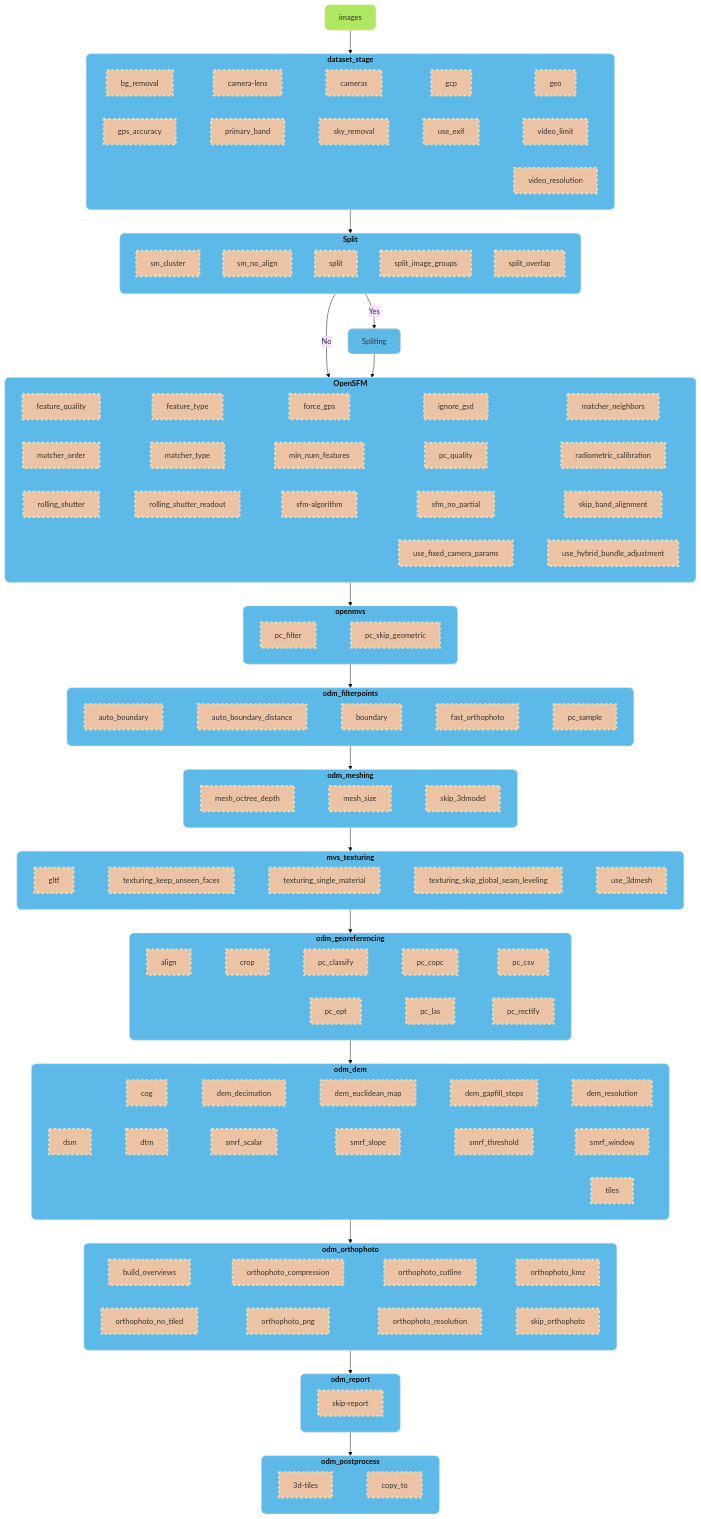
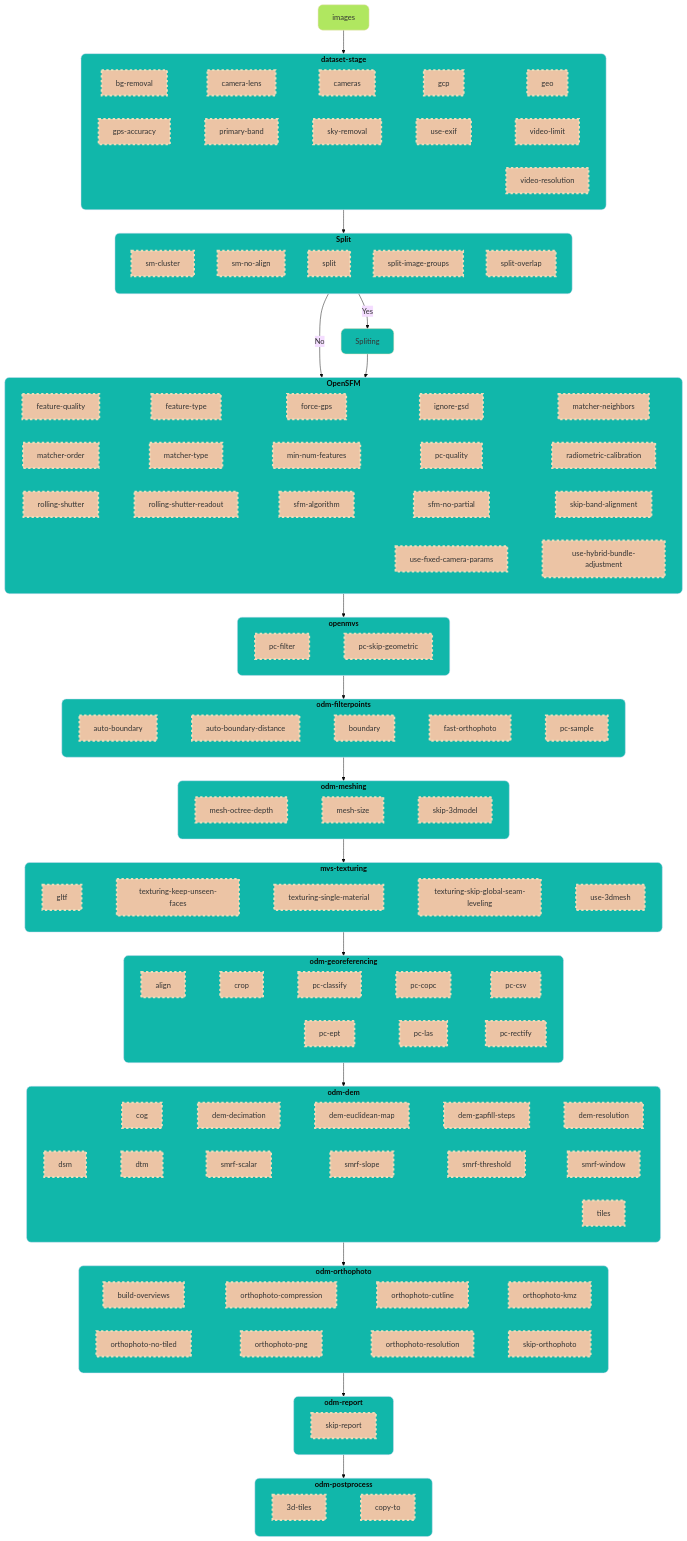
Before and after one commit to OpenDroneMap/docs: the diagram in source/flowchart.rst, drawn with Mermaid (base theme). The commit also changed 3 other files, not shown here.

Commit message:
zoom with flowchart \n update .venv doc \n links to options

```diff
--- a/source/flowchart.rst
+++ b/source/flowchart.rst
@@ -6,4 +6,5 @@
 .. mermaid::
+   :zoom:
 
     flowchart  TB
 
@@ -11,155 +12,243 @@
         %% Subgraph Stages
         %%%%%%%%%%%%%%%%%%%%%%%%%%%%%%%%%%%%%%
 
-        subgraph dataset_stage["`**dataset_stage**`"]
-            bg_removal:::options
+        subgraph dataset-stage["`**dataset-stage**`"]
+            bg-removal:::options
             camera-lens:::options
             cameras:::options
             gcp:::options
             geo:::options
-            gps_accuracy:::options
-            primary_band:::options
-            sky_removal:::options
-            use_exif:::options
-            video_limit:::options
-            video_resolution:::options
+            gps-accuracy:::options
+            primary-band:::options
+            sky-removal:::options
+            use-exif:::options
+            video-limit:::options
+            video-resolution:::options
         end
-        bg_removal ~~~ camera-lens ~~~ cameras  ~~~ gcp ~~~  geo
-        gps_accuracy ~~~ primary_band ~~~ sky_removal ~~~   use_exif  ~~~ video_limit
+        bg-removal ~~~ camera-lens ~~~ cameras  ~~~ gcp ~~~  geo
+        gps-accuracy ~~~ primary-band ~~~ sky-removal ~~~   use-exif  ~~~ video-limit
 
+    click bg-removal "../arguments/bg-removal/"
+    click camera-lens "../arguments/camera-lens/"
+    click cameras "../arguments/cameras/"
+    click gcp "../arguments/gcp/"
+    click geo "../arguments/geo/"
+    click gps-accuracy "../arguments/gps-accuracy/"
+    click primary-band "../arguments/primary-band/"
+    click sky-removal "../arguments/sky-removal/"
+    click use-exif "../arguments/use-exif/"
+    click video-limit "../arguments/video-limit/"
+    click video-resolution "../arguments/video-resolution/"
 
 
         subgraph Split["`**Split**`"]
             direction TB
-            sm_cluster:::options
-            sm_no_align:::options
+            sm-cluster:::options
+            sm-no-align:::options
             split:::options
-            split_image_groups:::options
-            split_overlap:::options
+            split-image-groups:::options
+            split-overlap:::options
         end
+    click sm-cluster "../arguments/sm-cluster/"
+    click sm-no-align "../arguments/sm-no-align/"
+    click split "../arguments/split/"
+    click split-image-groups "../arguments/split-image-groups/"
+    click split-overlap "../arguments/split-overlap/"
 
         Spliting
 
         subgraph OpenSFM["`**OpenSFM**`"]
-            feature_quality:::options
-            feature_type:::options
-            force_gps:::options
-            ignore_gsd:::options
-            matcher_neighbors:::options
-            matcher_order:::options
-            matcher_type:::options
-            min_num_features:::options
-            pc_quality:::options
-            radiometric_calibration:::options
-            rolling_shutter:::options
-            rolling_shutter_readout:::options
+            feature-quality:::options
+            feature-type:::options
+            force-gps:::options
+            ignore-gsd:::options
+            matcher-neighbors:::options
+            matcher-order:::options
+            matcher-type:::options
+            min-num-features:::options
+            pc-quality:::options
+            radiometric-calibration:::options
+            rolling-shutter:::options
+            rolling-shutter-readout:::options
             sfm-algorithm:::options
-            sfm_no_partial:::options
-            skip_band_alignment:::options
-            use_fixed_camera_params:::options
-            use_hybrid_bundle_adjustment:::options
+            sfm-no-partial:::options
+            skip-band-alignment:::options
+            use-fixed-camera-params:::options
+            use-hybrid-bundle-adjustment:::options
         end
-        feature_quality ~~~  feature_type ~~~ force_gps ~~~ ignore_gsd ~~~ matcher_neighbors
-        matcher_order ~~~ matcher_type ~~~  min_num_features ~~~ pc_quality ~~~ radiometric_calibration
-        rolling_shutter  ~~~ rolling_shutter_readout ~~~ sfm-algorithm ~~~ sfm_no_partial ~~~  skip_band_alignment
-        use_fixed_camera_params ~~~    use_hybrid_bundle_adjustment
+        feature-quality ~~~  feature-type ~~~ force-gps ~~~ ignore-gsd ~~~ matcher-neighbors
+        matcher-order ~~~ matcher-type ~~~  min-num-features ~~~ pc-quality ~~~ radiometric-calibration
+        rolling-shutter  ~~~ rolling-shutter-readout ~~~ sfm-algorithm ~~~ sfm-no-partial ~~~  skip-band-alignment
+        use-fixed-camera-params ~~~    use-hybrid-bundle-adjustment
+
+    click feature-quality "../arguments/feature-quality/"
+    click feature-type "../arguments/feature-type/"
+    click force-gps "../arguments/force-gps/"
+    click ignore-gsd "../arguments/ignore-gsd/"
+    click matcher-neighbors "../arguments/matcher-neighbors/"
+    click matcher-order "../arguments/matcher-order/"
+    click matcher-type "../arguments/matcher-type/"
+    click min-num-features "../arguments/min-num-features/"
+    click pc-quality "../arguments/pc-quality/"
+    click radiometric-calibration "../arguments/radiometric-calibration/"
+    click rolling-shutter "../arguments/rolling-shutter/"
+    click rolling-shutter-readout "../arguments/rolling-shutter-readout/"
+    click sfm-algorithm "../arguments/sfm-algorithm/"
+    click sfm-no-partial "../arguments/sfm-no-partial/"
+    click skip-band-alignment "../arguments/skip-band-alignment/"
+    click use-fixed-camera-params "../arguments/use-fixed-camera-params/"
+    click use-hybrid-bundle-adjustment "../arguments/use-hybrid-bundle-adjustment/"
 
 
         subgraph openmvs["`**openmvs**`"]
-            pc_filter:::options
-            pc_skip_geometric:::options
+            pc-filter:::options
+            pc-skip-geometric:::options
         end
-        pc_filter ~~~ pc_skip_geometric
+        pc-filter ~~~ pc-skip-geometric
 
-        subgraph odm_filterpoints["`**odm_filterpoints**`"]
-            auto_boundary:::options
-            auto_boundary_distance:::options
+    click pc-filter "../arguments/pc-filter/"
+    click pc-skip-geometric "../arguments/pc-skip-geometric/"
+
+        subgraph odm-filterpoints["`**odm-filterpoints**`"]
+            auto-boundary:::options
+            auto-boundary-distance:::options
             boundary:::options
-            fast_orthophoto:::options
-            pc_sample:::options
+            fast-orthophoto:::options
+            pc-sample:::options
         end
-        auto_boundary ~~~ auto_boundary_distance  ~~~ boundary  ~~~  fast_orthophoto ~~~  pc_sample
+        auto-boundary ~~~ auto-boundary-distance  ~~~ boundary  ~~~  fast-orthophoto ~~~  pc-sample
 
-        subgraph odm_meshing["`**odm_meshing**`"]
-            mesh_octree_depth:::options
-            mesh_size:::options
-            skip_3dmodel:::options
+    click auto-boundary "../arguments/auto-boundary/"
+    click auto-boundary-distance "../arguments/auto-boundary-distance/"
+    click boundary "../arguments/boundary/"
+    click fast-orthophoto "../arguments/fast-orthophoto/"
+    click pc-sample "../arguments/pc-sample/"
+
+        subgraph odm-meshing["`**odm-meshing**`"]
+            mesh-octree-depth:::options
+            mesh-size:::options
+            skip-3dmodel:::options
         end
-        mesh_octree_depth ~~~ mesh_size ~~~ skip_3dmodel
+        mesh-octree-depth ~~~ mesh-size ~~~ skip-3dmodel
 
-        subgraph mvs_texturing["`**mvs_texturing**`"]
+    click mesh-octree-depth "../arguments/mesh-octree-depth/"
+    click mesh-size "../arguments/mesh-size/"
+    click skip-3dmodel "../arguments/skip-3dmodel/"
+
+        subgraph mvs-texturing["`**mvs-texturing**`"]
             gltf:::options
-            texturing_keep_unseen_faces:::options
-            texturing_single_material:::options
-            texturing_skip_global_seam_leveling:::options
-            use_3dmesh:::options
+            texturing-keep-unseen-faces:::options
+            texturing-single-material:::options
+            texturing-skip-global-seam-leveling:::options
+            use-3dmesh:::options
         end
-        gltf ~~~ texturing_keep_unseen_faces ~~~ texturing_single_material  ~~~ texturing_skip_global_seam_leveling ~~~  use_3dmesh
+        gltf ~~~ texturing-keep-unseen-faces ~~~ texturing-single-material  ~~~ texturing-skip-global-seam-leveling ~~~  use-3dmesh
 
-        subgraph odm_georeferencing["`**odm_georeferencing**`"]
+    click gltf "../arguments/gltf/"
+    click texturing-keep-unseen-faces "../arguments/texturing-keep-unseen-faces/"
+    click texturing-single-material "../arguments/texturing-single-material/"
+    click texturing-skip-global-seam-leveling "../arguments/texturing-skip-global-seam-leveling/"
+    click use-3dmesh "../arguments/use-3dmesh/"
+
+        subgraph odm-georeferencing["`**odm-georeferencing**`"]
             align:::options
             crop:::options
-            pc_classify:::options
-            pc_copc:::options
-            pc_csv:::options
-            pc_ept:::options
-            pc_las:::options
-            pc_rectify:::options
+            pc-classify:::options
+            pc-copc:::options
+            pc-csv:::options
+            pc-ept:::options
+            pc-las:::options
+            pc-rectify:::options
         end
-        align ~~~ crop ~~~ pc_classify ~~~ pc_copc ~~~ pc_csv
-        pc_ept ~~~ pc_las ~~~ pc_rectify
+        align ~~~ crop ~~~ pc-classify ~~~ pc-copc ~~~ pc-csv
+        pc-ept ~~~ pc-las ~~~ pc-rectify
 
-        subgraph odm_dem["`**odm_dem**`"]
+    click align "../arguments/align/"
+    click crop "../arguments/crop/"
+    click pc-classify "../arguments/pc-classify/"
+    click pc-copc "../arguments/pc-copc/"
+    click pc-csv "../arguments/pc-csv/"
+    click pc-ept "../arguments/pc-ept/"
+    click pc-las "../arguments/pc-las/"
+    click pc-rectify "../arguments/pc-rectify/"
+
+        subgraph odm-dem["`**odm-dem**`"]
             cog:::options
-            dem_decimation:::options
-            dem_euclidean_map:::options
-            dem_gapfill_steps:::options
-            dem_resolution:::options
+            dem-decimation:::options
+            dem-euclidean-map:::options
+            dem-gapfill-steps:::options
+            dem-resolution:::options
             dsm:::options
             dtm:::options
-            smrf_scalar:::options
-            smrf_slope:::options
-            smrf_threshold:::options
-            smrf_window:::options
+            smrf-scalar:::options
+            smrf-slope:::options
+            smrf-threshold:::options
+            smrf-window:::options
             tiles:::options
         end
-        cog ~~~ dem_decimation  ~~~ dem_euclidean_map  ~~~ dem_gapfill_steps  ~~~  dem_resolution
-        dsm  ~~~ dtm  ~~~    smrf_scalar ~~~ smrf_slope   ~~~ smrf_threshold   ~~~ smrf_window
+        cog ~~~ dem-decimation  ~~~ dem-euclidean-map  ~~~ dem-gapfill-steps  ~~~  dem-resolution
+        dsm  ~~~ dtm  ~~~    smrf-scalar ~~~ smrf-slope   ~~~ smrf-threshold   ~~~ smrf-window
 
-        subgraph odm_orthophoto["`**odm_orthophoto**`"]
-            build_overviews:::options
-            orthophoto_compression:::options
-            orthophoto_cutline:::options
-            orthophoto_kmz:::options
-            orthophoto_no_tiled:::options
-            orthophoto_png:::options
-            orthophoto_resolution:::options
-            skip_orthophoto:::options
+    click cog "../arguments/cog/"
+    click dem-decimation "../arguments/dem-decimation/"
+    click dem-euclidean-map "../arguments/dem-euclidean-map/"
+    click dem-gapfill-steps "../arguments/dem-gapfill-steps/"
+    click dem-resolution "../arguments/dem-resolution/"
+    click dsm "../arguments/dsm/"
+    click dtm "../arguments/dtm/"
+    click smrf-scalar "../arguments/smrf-scalar/"
+    click smrf-slope "../arguments/smrf-slope/"
+    click smrf-threshold "../arguments/smrf-threshold/"
+    click smrf-window "../arguments/smrf-window/"
+
+        subgraph odm-orthophoto["`**odm-orthophoto**`"]
+            build-overviews:::options
+            orthophoto-compression:::options
+            orthophoto-cutline:::options
+            orthophoto-kmz:::options
+            orthophoto-no-tiled:::options
+            orthophoto-png:::options
+            orthophoto-resolution:::options
+            skip-orthophoto:::options
         end
-        build_overviews ~~~ orthophoto_compression  ~~~ orthophoto_cutline  ~~~ orthophoto_kmz
-        orthophoto_no_tiled ~~~ orthophoto_png  ~~~ orthophoto_resolution ~~~ skip_orthophoto
+        build-overviews ~~~ orthophoto-compression  ~~~ orthophoto-cutline  ~~~ orthophoto-kmz
+        orthophoto-no-tiled ~~~ orthophoto-png  ~~~ orthophoto-resolution ~~~ skip-orthophoto
 
-        subgraph odm_report["`**odm_report**`"]
+    click build-overviews "../arguments/build-overviews/"
+    click orthophoto-compression "../arguments/orthophoto-compression/"
+    click orthophoto-cutline "../arguments/orthophoto-cutline/"
+    click orthophoto-kmz "../arguments/orthophoto-kmz/"
+    click orthophoto-no-tiled "../arguments/orthophoto-no-tiled/"
+    click orthophoto-png "../arguments/orthophoto-png/"
+    click orthophoto-resolution "../arguments/orthophoto-resolution/"
+    click skip-orthophoto "../arguments/skip-orthophoto/"
+
+        subgraph odm-report["`**odm-report**`"]
             skip-report:::options
         end
 
-        subgraph odm_postprocess["`**odm_postprocess**`"]
+    click skip-report "../arguments/skip-report/"
+
+        subgraph odm-postprocess["`**odm-postprocess**`"]
             3d-tiles:::options
-            copy_to:::options
+            copy-to:::options
         end
-        3d-tiles ~~~ copy_to
+        3d-tiles ~~~ copy-to
+
+    click 3d-tiles "../arguments/3d-tiles/"
+    click copy-to "../arguments/copy-to/"
 
         %%%%%%%%%%%%%%%%%%%%%%%%%%%%%%%%%%%%%%
         %% Links
         %%%%%%%%%%%%%%%%%%%%%%%%%%%%%%%%%%%%%%
 
 
-        images--> dataset_stage --> Split -- No --> OpenSFM --> openmvs
-        openmvs --> odm_filterpoints --> odm_meshing --> mvs_texturing --> odm_georeferencing
-        odm_georeferencing --> odm_dem --> odm_orthophoto --> odm_report --> odm_postprocess
+        images--> dataset-stage --> Split -- No --> OpenSFM --> openmvs
+        openmvs --> odm-filterpoints --> odm-meshing --> mvs-texturing --> odm-georeferencing
+        odm-georeferencing --> odm-dem --> odm-orthophoto --> odm-report --> odm-postprocess
 
         %% Split yes
-        %%Split -- Yes ----> Spliting -- Merge ----> OpenSFM_detect_features
+        %%Split -- Yes ----> Spliting -- Merge ----> OpenSFM-detect-features
         Split -- Yes --> Spliting --> OpenSFM
 
         %% Styles
@@ -168,13 +257,10 @@
         classDef options stroke-width:4px,stroke-dasharray: 5,fill:#ecc4a5
 
         %% Style for stages
-        classDef stages fill:#5dbae8,rx:10,ry:10
-        class dataset_stage,Split,OpenSFM,openmvs,odm_filterpoints stages
-        class odm_meshing,mvs_texturing,odm_georeferencing,odm_dem stages
-        class odm_orthophoto,odm_report,odm_postprocess stages
-
-        classDef splitingstyle fill:#5dbae8,rx:10,ry:10
-        class Spliting splitingstyle
+        classDef stages fill:#11b7aa,rx:10,ry:10
+        class dataset-stage,Split,OpenSFM,openmvs,odm-filterpoints stages
+        class odm-meshing,mvs-texturing,odm-georeferencing,odm-dem stages
+        class odm-orthophoto,odm-report,odm-postprocess,Spliting stages
 
         classDef imagesstyle fill:#b0e760,rx:10,ry:10
         class images imagesstyle
```
